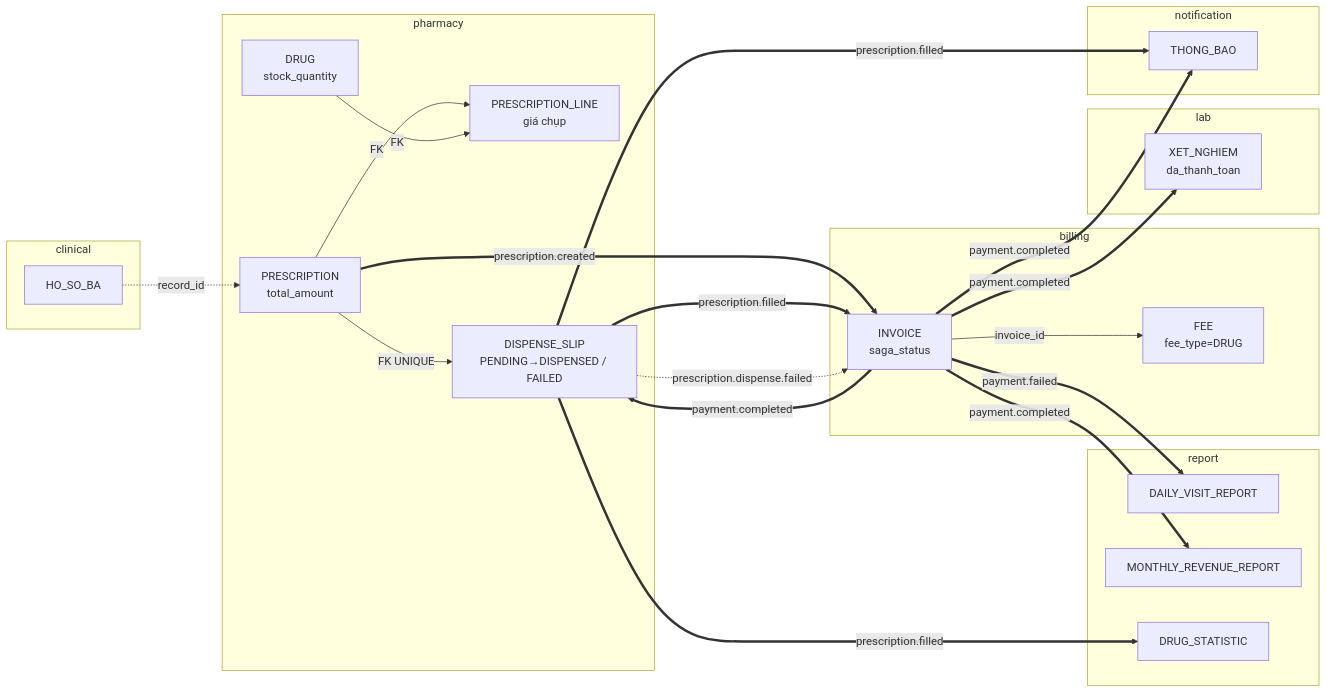
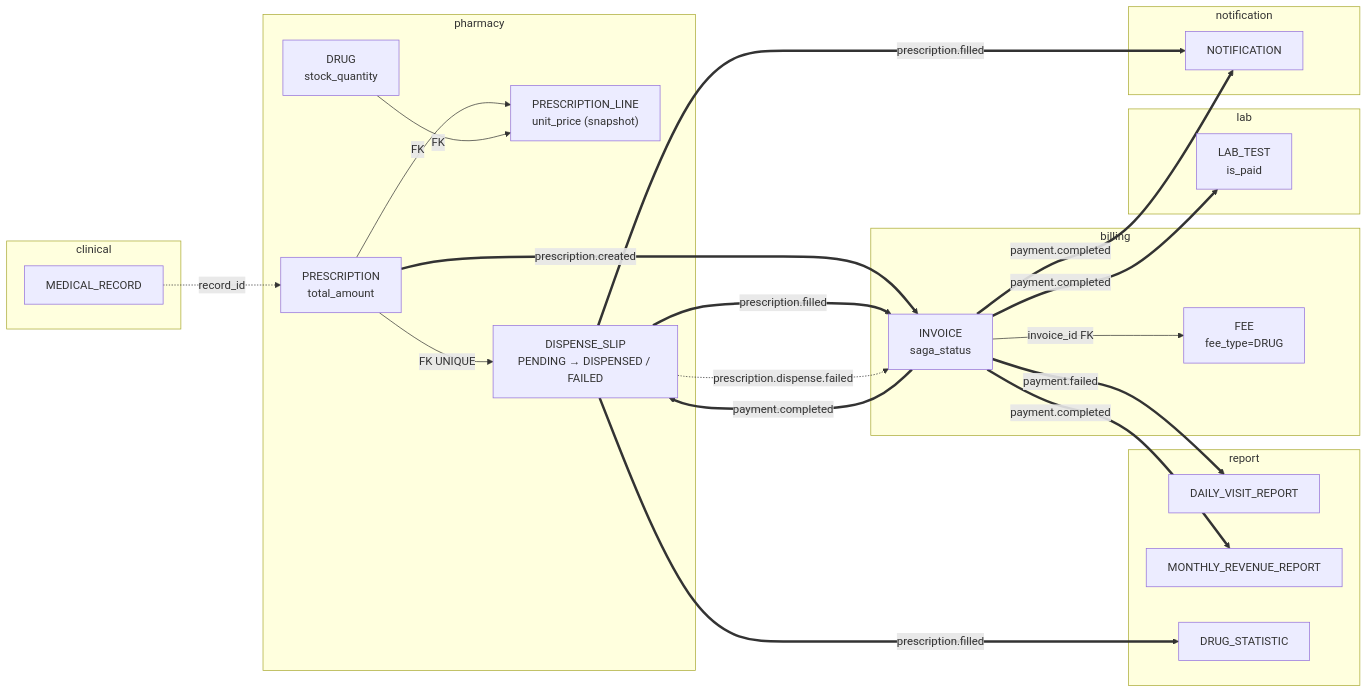
Before and after one commit to Dangvinh77/MediFlow: the diagram in docs/eproject_general_plan/erd/diagrams/erd-03-saga-thanh-toan.mmd, drawn with Mermaid. The commit also changed 33 other files, not shown here.

Commit message:
docs(erd): update entity relationship diagrams

```diff
--- a/docs/eproject_general_plan/erd/diagrams/erd-03-saga-thanh-toan.mmd
+++ b/docs/eproject_general_plan/erd/diagrams/erd-03-saga-thanh-toan.mmd
@@ -1,40 +1,40 @@
 flowchart LR
     subgraph CLI["clinical"]
-        HS["HO_SO_BA"]
+        MRECORD["MEDICAL_RECORD"]
     end
     subgraph PHA["pharmacy"]
-        DR["DRUG<br/>stock_quantity"]
-        PR["PRESCRIPTION<br/>total_amount"]
-        PRL["PRESCRIPTION_LINE<br/>giá chụp"]
-        DS["DISPENSE_SLIP<br/>PENDING→DISPENSED / FAILED"]
-        PR -->|FK| PRL
-        DR -->|FK| PRL
-        PR -->|FK UNIQUE| DS
+        DRUG["DRUG<br/>stock_quantity"]
+        RX["PRESCRIPTION<br/>total_amount"]
+        RXLINE["PRESCRIPTION_LINE<br/>unit_price (snapshot)"]
+        DSLIP["DISPENSE_SLIP<br/>PENDING → DISPENSED / FAILED"]
+        RX -->|FK| RXLINE
+        DRUG -->|FK| RXLINE
+        RX -->|FK UNIQUE| DSLIP
     end
     subgraph BIL["billing"]
         INV["INVOICE<br/>saga_status"]
         FEE["FEE<br/>fee_type=DRUG"]
     end
     subgraph LAB["lab"]
-        XN["XET_NGHIEM<br/>da_thanh_toan"]
+        LTEST["LAB_TEST<br/>is_paid"]
     end
     subgraph REP["report"]
         DVR["DAILY_VISIT_REPORT"]
         MRR["MONTHLY_REVENUE_REPORT"]
         DST["DRUG_STATISTIC"]
     end
     subgraph NOT["notification"]
-        TB["THONG_BAO"]
+        NOTIF["NOTIFICATION"]
     end
-    HS -.->|record_id| PR
-    PR ==>|prescription.created| INV
-    INV -->|invoice_id| FEE
-    INV ==>|payment.completed| DS
-    INV ==>|payment.completed| XN
-    DS ==>|prescription.filled| INV
-    DS ==>|prescription.filled| DST
+    MRECORD -.->|record_id| RX
+    RX ==>|prescription.created| INV
+    INV -->|invoice_id FK| FEE
+    INV ==>|payment.completed| DSLIP
+    INV ==>|payment.completed| LTEST
+    DSLIP ==>|prescription.filled| INV
+    DSLIP ==>|prescription.filled| DST
     INV ==>|payment.completed| MRR
     INV ==>|payment.failed| DVR
-    DS -.->|prescription.dispense.failed| INV
-    DS ==>|prescription.filled| TB
-    INV ==>|payment.completed| TB
+    DSLIP -.->|prescription.dispense.failed| INV
+    DSLIP ==>|prescription.filled| NOTIF
+    INV ==>|payment.completed| NOTIF
```
